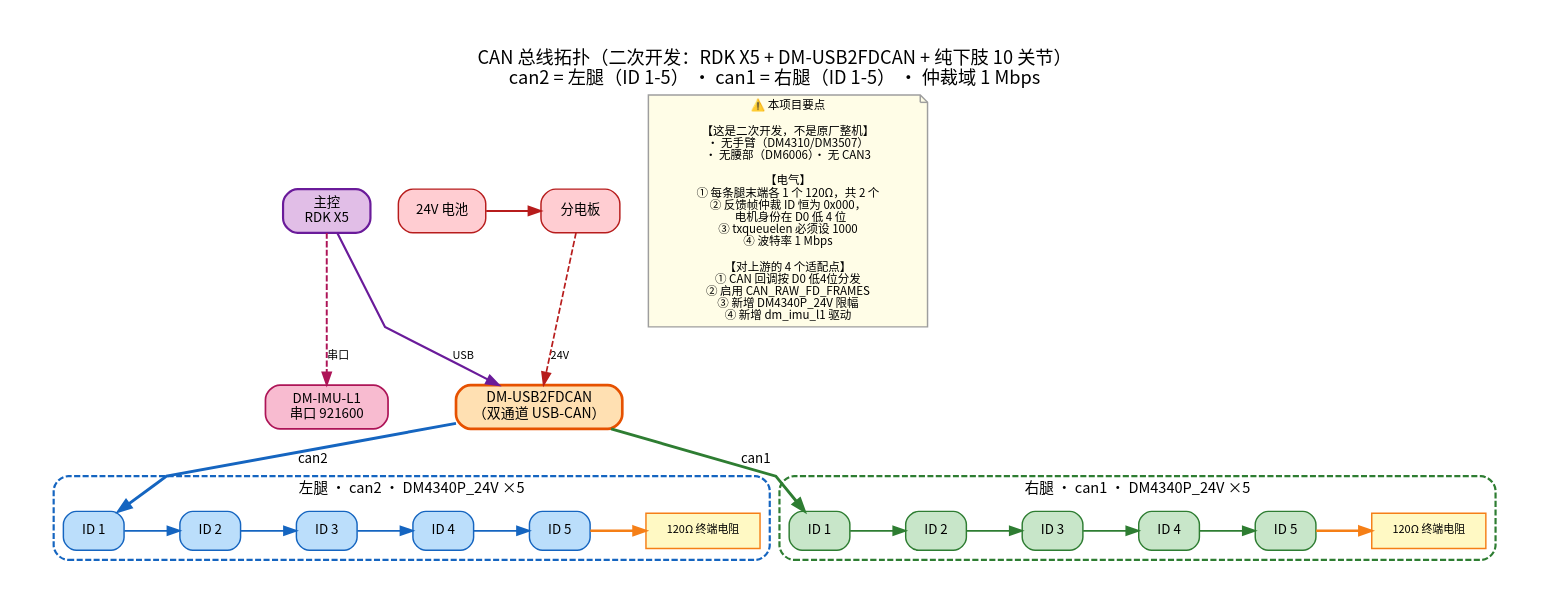
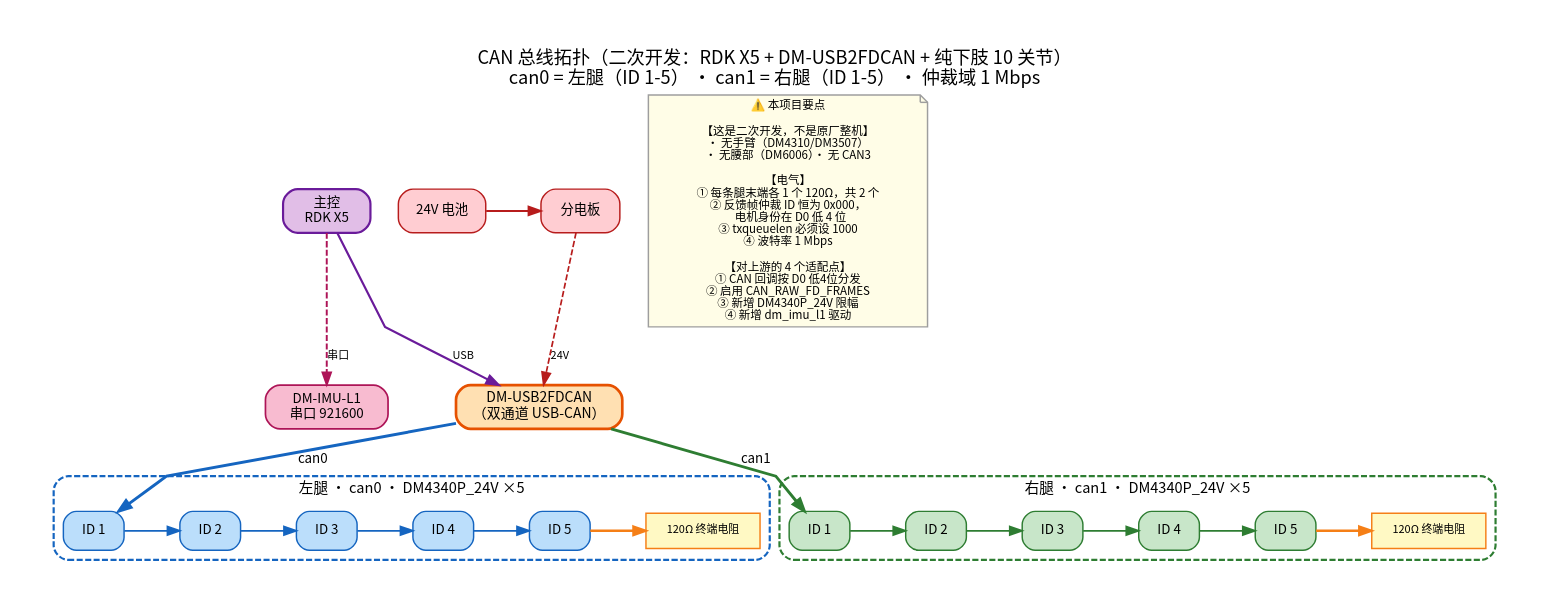
One commit to Tensor-0/robot-deploy-toolkit changed the diagram in docs/assets/can_topology.dot. Above: the diagram before and after it, drawn with Graphviz. The commit also changed 5 other files, not shown here.

```diff
--- a/docs/assets/can_topology.dot
+++ b/docs/assets/can_topology.dot
@@ -1,121 +1,121 @@
 // Roboto Origin 二次开发项目 · CAN 拓扑
 //
 // ⚠️ 本项目是【二次开发】—— 基于 Roboparty/roboparty_deploy @ a8a0f15
 //    硬件边界：RDK X5 + DM-USB2FDCAN + 纯下肢 10 关节（无手臂、无腰）
 //    ⬇️ 本图只画【我们实际有的】，官方整机的臂/腰不在本项目中
 //
 // 数据来源：roboparty_deploy/src/inference/robots/dm10/robot.yaml（实测）
 //           + rdk-roboparty-integration/README.md（上游基线与 4 个适配点）
 // 生成：dot -Tsvg can_topology.dot -o can_topology.svg
 //       dot -Tpng can_topology.dot -o can_topology.png
 
 digraph CAN_Topology {
   graph [
     fontname="Noto Sans CJK SC",
     fontsize=15,
     bgcolor="white",
     rankdir=TB,
     nodesep=0.32,
     ranksep=0.52,
     pad=0.4,
     splines=polyline,
-    label="CAN 总线拓扑（二次开发：RDK X5 + DM-USB2FDCAN + 纯下肢 10 关节）\ncan2 = 左腿（ID 1-5） · can1 = 右腿（ID 1-5） · 仲裁域 1 Mbps",
+    label="CAN 总线拓扑（二次开发：RDK X5 + DM-USB2FDCAN + 纯下肢 10 关节）\ncan0 = 左腿（ID 1-5） · can1 = 右腿（ID 1-5） · 仲裁域 1 Mbps",
     labelloc="t"
   ];
 
   node [
     fontname="Noto Sans CJK SC",
     fontsize=11,
     shape=box,
     style="rounded,filled",
     penwidth=1.2,
     width=1.1
   ];
 
   edge [
     fontname="Noto Sans CJK SC",
     fontsize=9,
     penwidth=1.4
   ];
 
   // ══ 主控与转换器（我们实际用的）══════════════════════
   HOST [
     label="主控\nRDK X5",
     fillcolor="#E1BEE7", color="#6A1B9A", penwidth=1.8, width=1.0
   ];
   FDCAN [
     label="DM-USB2FDCAN\n（双通道 USB-CAN）",
     fillcolor="#FFE0B2", color="#E65100", penwidth=2.2, fontsize=11.5, width=1.9
   ];
 
   // ══ IMU（串口，不经 CAN）═════════════════════════════
   IMU [
     label="DM-IMU-L1\n串口 921600",
     fillcolor="#F8BBD0", color="#AD1457", penwidth=1.4, width=1.4
   ];
 
   // ══ 电源（电池 → 分电板 → 各腿）═════════════════════
   BAT [label="24V 电池", fillcolor="#FFCDD2", color="#B71C1C", width=1.0];
   PDB [label="分电板", fillcolor="#FFCDD2", color="#B71C1C", width=0.9];
 
-  // ══ 左腿 · can2 ══════════════════════════════════════
+  // ══ 左腿 · can0 ══════════════════════════════════════
   subgraph cluster_left {
-    label="左腿 · can2 · DM4340P_24V ×5";
+    label="左腿 · can0 · DM4340P_24V ×5";
     fontname="Noto Sans CJK SC"; fontsize=12;
     color="#1565C0"; style="rounded,dashed"; penwidth=1.8;
 
     L1 [label="ID 1", fillcolor="#BBDEFB", color="#1565C0", width=0.7, height=0.45]
     L2 [label="ID 2", fillcolor="#BBDEFB", color="#1565C0", width=0.7, height=0.45]
     L3 [label="ID 3", fillcolor="#BBDEFB", color="#1565C0", width=0.7, height=0.45]
     L4 [label="ID 4", fillcolor="#BBDEFB", color="#1565C0", width=0.7, height=0.45]
     L5 [label="ID 5", fillcolor="#BBDEFB", color="#1565C0", width=0.7, height=0.45]
     LTR [label="120Ω 终端电阻", fillcolor="#FFF9C4", color="#F57F17",
          style="filled", fontsize=9, width=1.3, height=0.4, shape=box]
 
     L1 -> L2 -> L3 -> L4 -> L5 [color="#1565C0", penwidth=1.5, weight=10];
     L5 -> LTR [color="#F57F17", penwidth=2.0, style=bold, weight=10];
     { rank=same; L1; L2; L3; L4; L5; LTR; }
   }
 
   // ══ 右腿 · can1 ══════════════════════════════════════
   subgraph cluster_right {
     label="右腿 · can1 · DM4340P_24V ×5";
     fontname="Noto Sans CJK SC"; fontsize=12;
     color="#2E7D32"; style="rounded,dashed"; penwidth=1.8;
 
     R1 [label="ID 1", fillcolor="#C8E6C9", color="#2E7D32", width=0.7, height=0.45]
     R2 [label="ID 2", fillcolor="#C8E6C9", color="#2E7D32", width=0.7, height=0.45]
     R3 [label="ID 3", fillcolor="#C8E6C9", color="#2E7D32", width=0.7, height=0.45]
     R4 [label="ID 4", fillcolor="#C8E6C9", color="#2E7D32", width=0.7, height=0.45]
     R5 [label="ID 5", fillcolor="#C8E6C9", color="#2E7D32", width=0.7, height=0.45]
     RTR [label="120Ω 终端电阻", fillcolor="#FFF9C4", color="#F57F17",
          style="filled", fontsize=9, width=1.3, height=0.4, shape=box]
 
     R1 -> R2 -> R3 -> R4 -> R5 [color="#2E7D32", penwidth=1.5, weight=10];
     R5 -> RTR [color="#F57F17", penwidth=2.0, style=bold, weight=10];
     { rank=same; R1; R2; R3; R4; R5; RTR; }
   }
 
   // ══ 连接 ═════════════════════════════════════════════
   HOST -> FDCAN [label="USB", color="#6A1B9A", penwidth=1.8];
   HOST -> IMU   [label="串口", color="#AD1457", penwidth=1.6, style=dashed];
 
-  FDCAN -> L1 [label="can2", color="#1565C0", penwidth=2.4, fontsize=11];
+  FDCAN -> L1 [label="can0", color="#1565C0", penwidth=2.4, fontsize=11];
   FDCAN -> R1 [label="can1", color="#2E7D32", penwidth=2.4, fontsize=11];
 
   BAT -> PDB [color="#B71C1C", penwidth=1.6];
   PDB -> FDCAN [label="24V", color="#B71C1C", penwidth=1.4, style=dashed];
 
   // ══ 要点 ═════════════════════════════════════════════
   NOTE [
     label="⚠️ 本项目要点\n\n【这是二次开发，不是原厂整机】\n• 无手臂（DM4310/DM3507）\n• 无腰部（DM6006）· 无 CAN3\n\n【电气】\n① 每条腿末端各 1 个 120Ω，共 2 个\n② 反馈帧仲裁 ID 恒为 0x000，\n   电机身份在 D0 低 4 位\n③ txqueuelen 必须设 1000\n④ 波特率 1 Mbps\n\n【对上游的 4 个适配点】\n① CAN 回调按 D0 低4位分发\n② 启用 CAN_RAW_FD_FRAMES\n③ 新增 DM4340P_24V 限幅\n④ 新增 dm_imu_l1 驱动",
     shape=note,
     fillcolor="#FFFDE7",
     color="#9E9E9E",
     fontsize=9.5,
     style="filled",
     width=3.2
   ];
 
   { rank=same; BAT; PDB; }
 }
```
